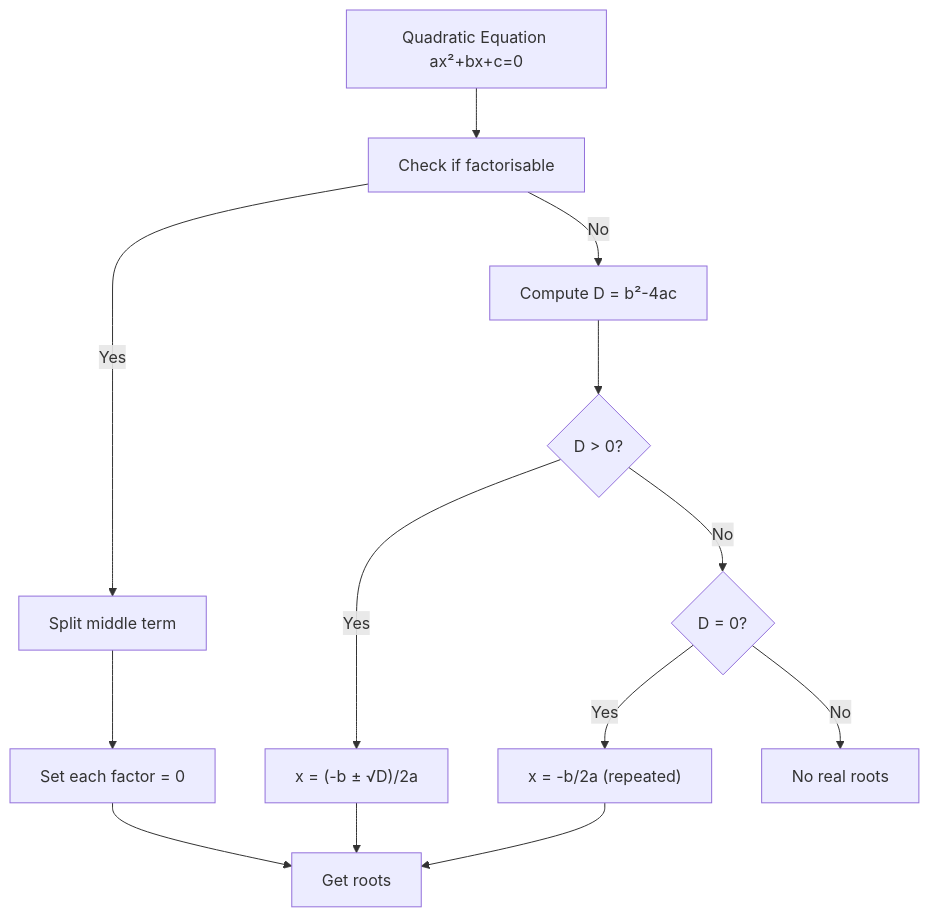
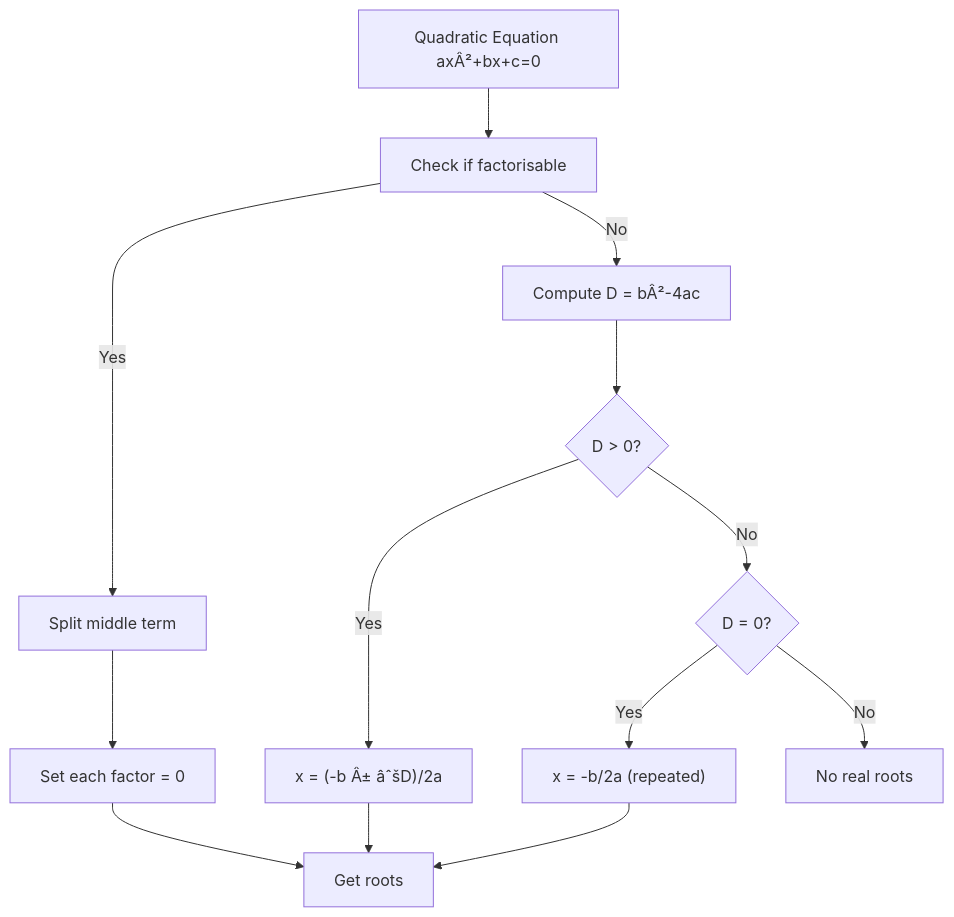
One commit to Raushan666java/ai-engineering-journey changed the first of 8 diagrams in docs/courses/quantitative-aptitude/05-quadratic-equations-simplification.md. Above: the diagram before and after it, drawn with Mermaid. The commit also changed other lines of this file and 735 other files, not shown here.

````diff
--- a/docs/courses/quantitative-aptitude/05-quadratic-equations-simplification.md
+++ b/docs/courses/quantitative-aptitude/05-quadratic-equations-simplification.md
@@ -185,15 +185,15 @@
 ```mermaid
 flowchart TD
-    A["Quadratic Equation ax²+bx+c=0"] --> B["Check if factorisable"]
+    A["Quadratic Equation axÂ²+bx+c=0"] --> B["Check if factorisable"]
     B -->|"Yes"| C["Split middle term"]
     C --> D["Set each factor = 0"]
     D --> E["Get roots"]
-    B -->|"No"| F["Compute D = b²-4ac"]
+    B -->|"No"| F["Compute D = bÂ²-4ac"]
     F --> G{"D > 0?"}
-    G -->|"Yes"| H["x = (-b ± √D)/2a"]
+    G -->|"Yes"| H["x = (-b Â± âˆšD)/2a"]
     G -->|"No"| I{"D = 0?"}
     I -->|"Yes"| J["x = -b/2a (repeated)"]
     I -->|"No"| K["No real roots"]
     H --> E
     J --> E
 ```
````
